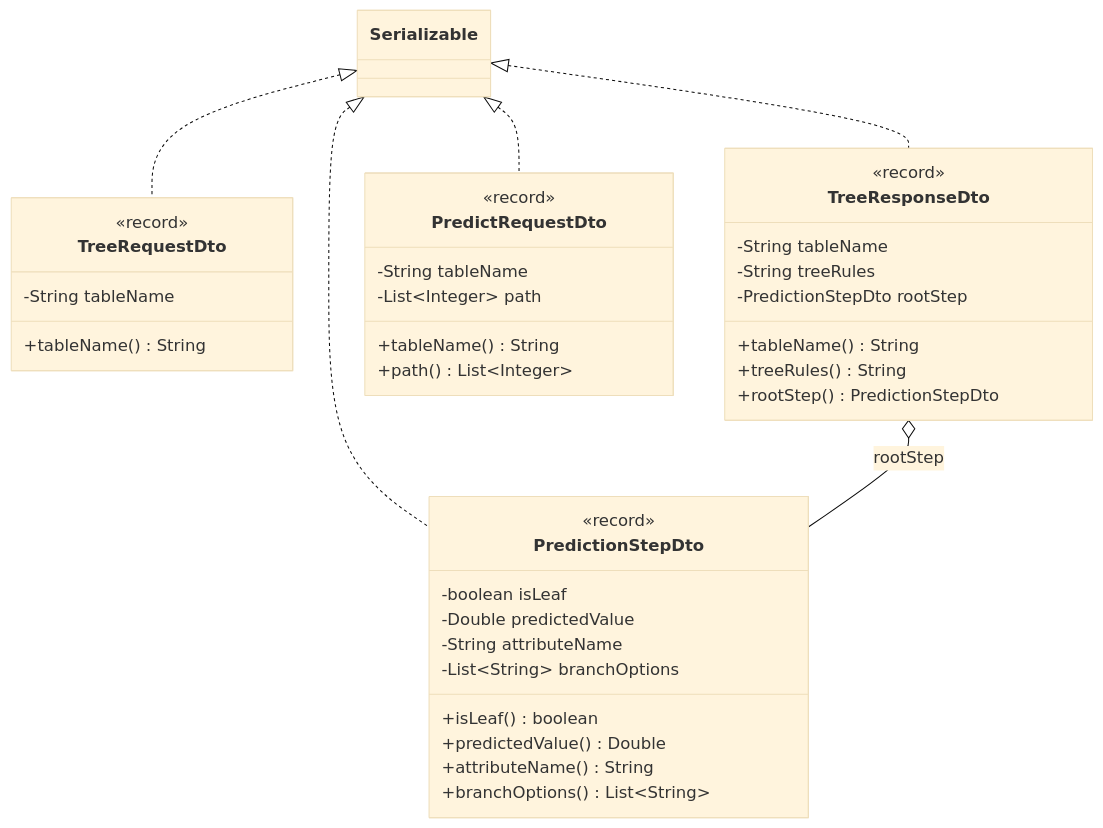
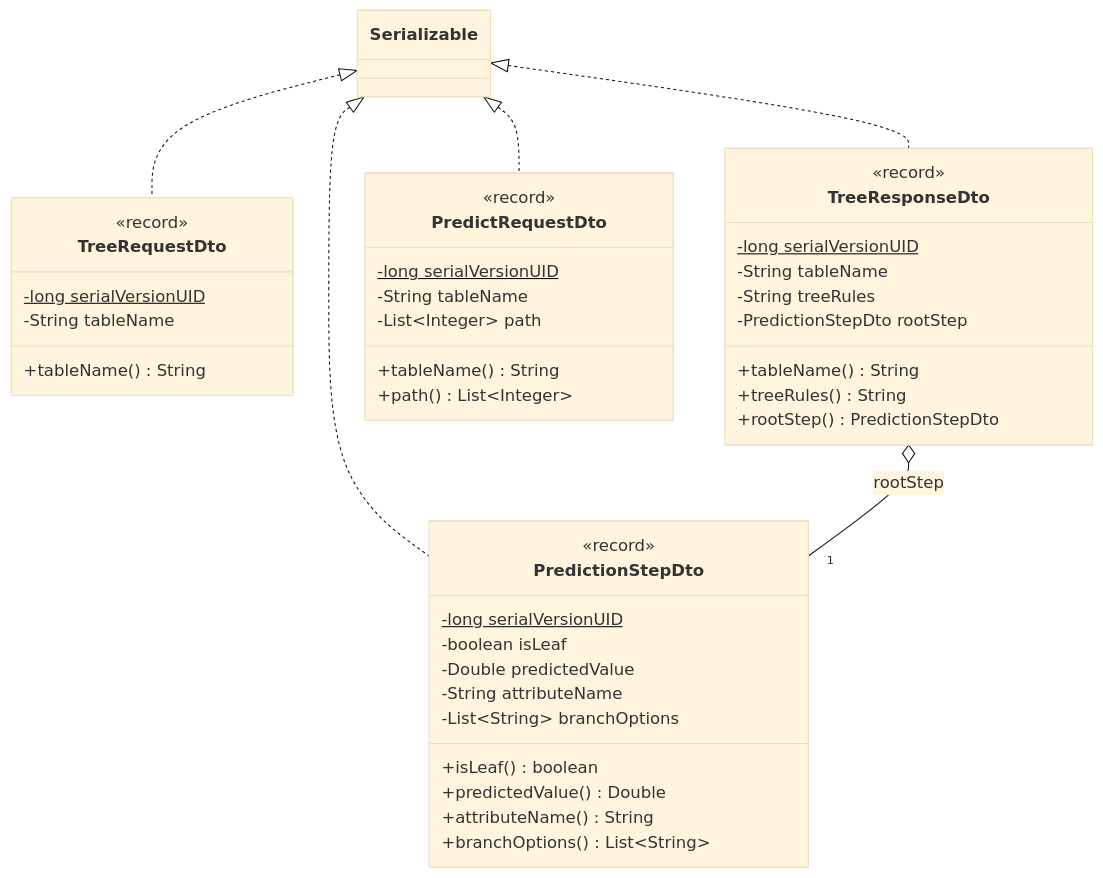
One commit to MarcoDiana/Albero_di_regressione changed the seventh of 11 diagrams in docs/architettura-uml-oop.md. Above: the diagram before and after it, drawn with Mermaid (base theme). The commit also changed other lines of this file and 222 other files, not shown here.

Commit message:
docs: allineamento completo documentazione, diagrammi UML, PDF e javadoc aggregato

````diff
--- a/docs/architettura-uml-oop.md
+++ b/docs/architettura-uml-oop.md
@@ -332,44 +429,48 @@
 ```mermaid
 classDiagram
     class TreeRequestDto {
         <<record>>
+        -long serialVersionUID$
         -String tableName
         +tableName() String
     }
 
     class PredictionStepDto {
         <<record>>
+        -long serialVersionUID$
         -boolean isLeaf
         -Double predictedValue
         -String attributeName
         -List~String~ branchOptions
         +isLeaf() boolean
         +predictedValue() Double
         +attributeName() String
         +branchOptions() List~String~
     }
 
     class TreeResponseDto {
         <<record>>
+        -long serialVersionUID$
         -String tableName
         -String treeRules
         -PredictionStepDto rootStep
         +tableName() String
         +treeRules() String
         +rootStep() PredictionStepDto
     }
 
     class PredictRequestDto {
         <<record>>
+        -long serialVersionUID$
         -String tableName
         -List~Integer~ path
         +tableName() String
         +path() List~Integer~
     }
 
     Serializable <|.. TreeRequestDto
     Serializable <|.. PredictionStepDto
     Serializable <|.. TreeResponseDto
     Serializable <|.. PredictRequestDto
-    TreeResponseDto o-- PredictionStepDto : rootStep
+    TreeResponseDto o-- "1" PredictionStepDto : rootStep
 ```
````
